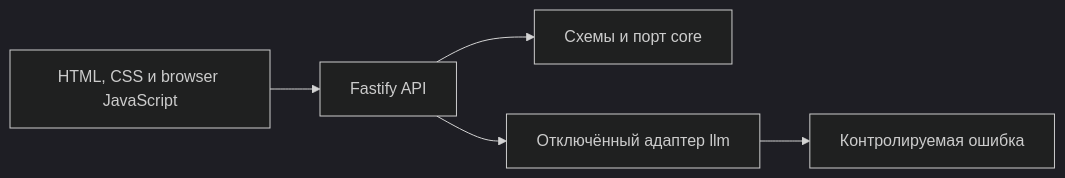
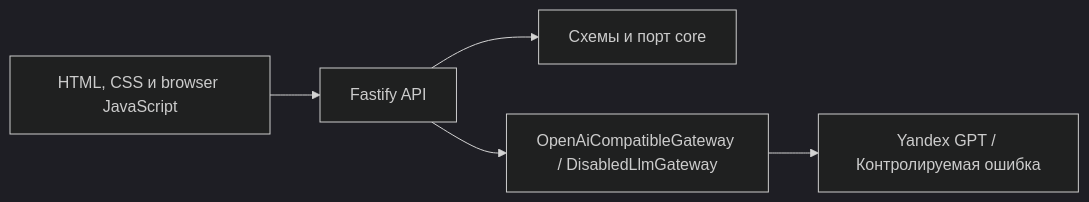
Before and after one commit to NesterOlga25/uo-request-generator: the diagram in docs/ARCHITECTURE.md, drawn with Mermaid (dark theme). The commit also changed other lines of this file and 5 other files, not shown here.

````diff
--- a/docs/ARCHITECTURE.md
+++ b/docs/ARCHITECTURE.md
@@ -8,7 +8,7 @@
 ```mermaid
 flowchart LR
     Browser[HTML, CSS и browser JavaScript] --> Route[Fastify API]
     Route --> Core[Схемы и порт core]
-    Route --> Adapter[Отключённый адаптер llm]
-    Adapter --> Error[Контролируемая ошибка]
+    Route --> Adapter[OpenAiCompatibleGateway / DisabledLlmGateway]
+    Adapter --> LLM[Yandex GPT / Контролируемая ошибка]
 ```
````
